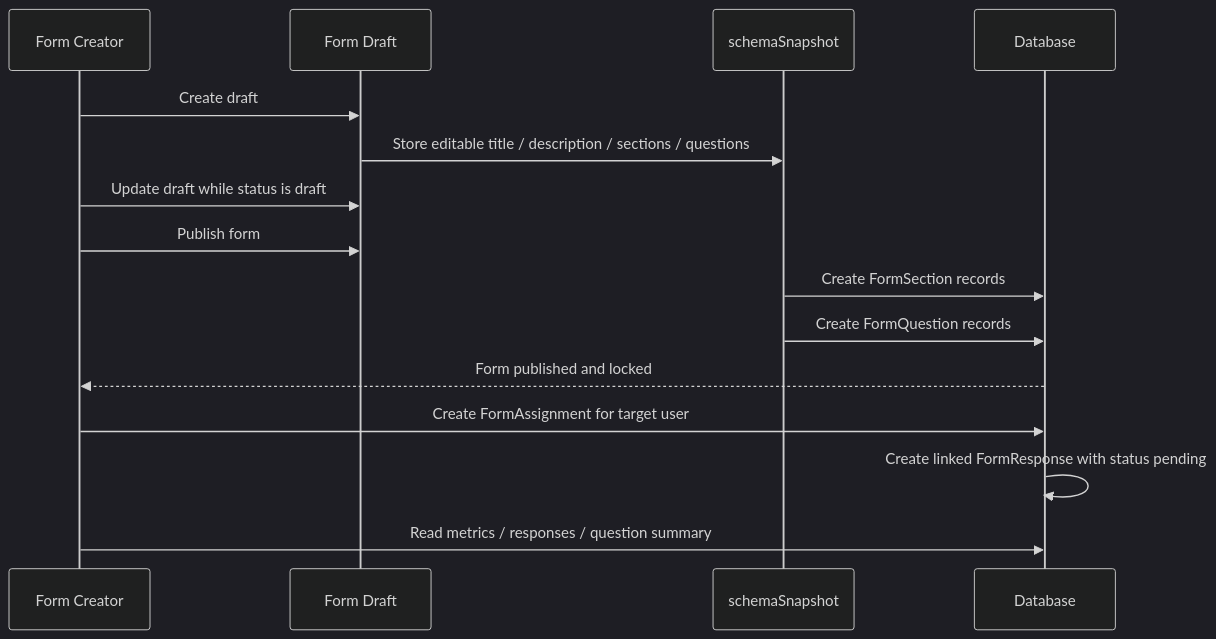
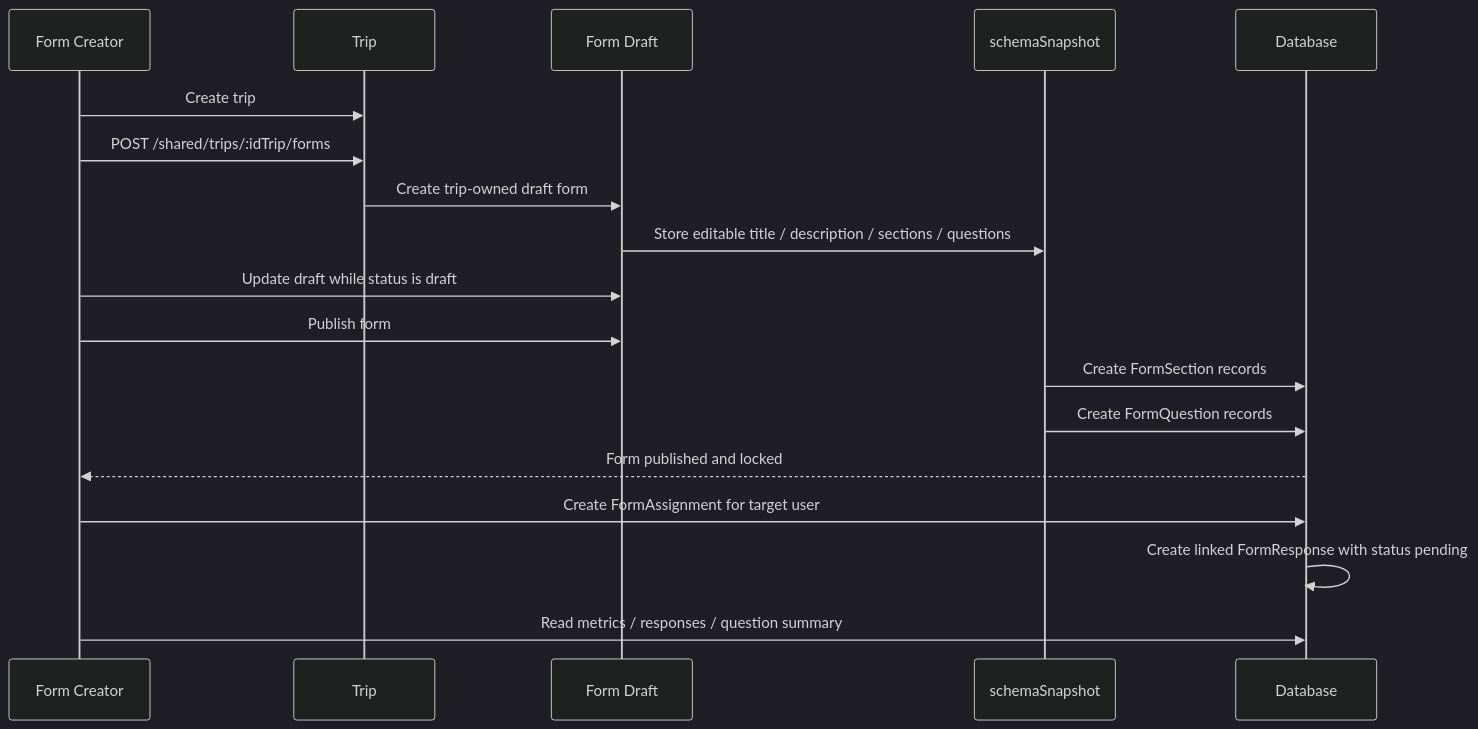
Before and after one commit to Gzerox/ack-nestjs-boilerplate: the first of 2 diagrams in docs/form.md, drawn with Mermaid (dark theme). The commit also changed other lines of this file and 6 other files, not shown here.

````diff
--- a/docs/form.md
+++ b/docs/form.md
@@ -233,18 +278,21 @@
 ```mermaid
 sequenceDiagram
     participant Creator as Form Creator
+    participant Trip
     participant Form as Form Draft
     participant Snapshot as schemaSnapshot
     participant Database
 
-    Creator->>Form: Create draft
+    Creator->>Trip: Create trip
+    Creator->>Trip: POST /shared/trips/:idTrip/forms
+    Trip->>Form: Create trip-owned draft form
     Form->>Snapshot: Store editable title / description / sections / questions
     Creator->>Form: Update draft while status is draft
     Creator->>Form: Publish form
     Snapshot->>Database: Create FormSection records
     Snapshot->>Database: Create FormQuestion records
     Database-->>Creator: Form published and locked
     Creator->>Database: Create FormAssignment for target user
     Database->>Database: Create linked FormResponse with status pending
     Creator->>Database: Read metrics / responses / question summary
 ```
````
